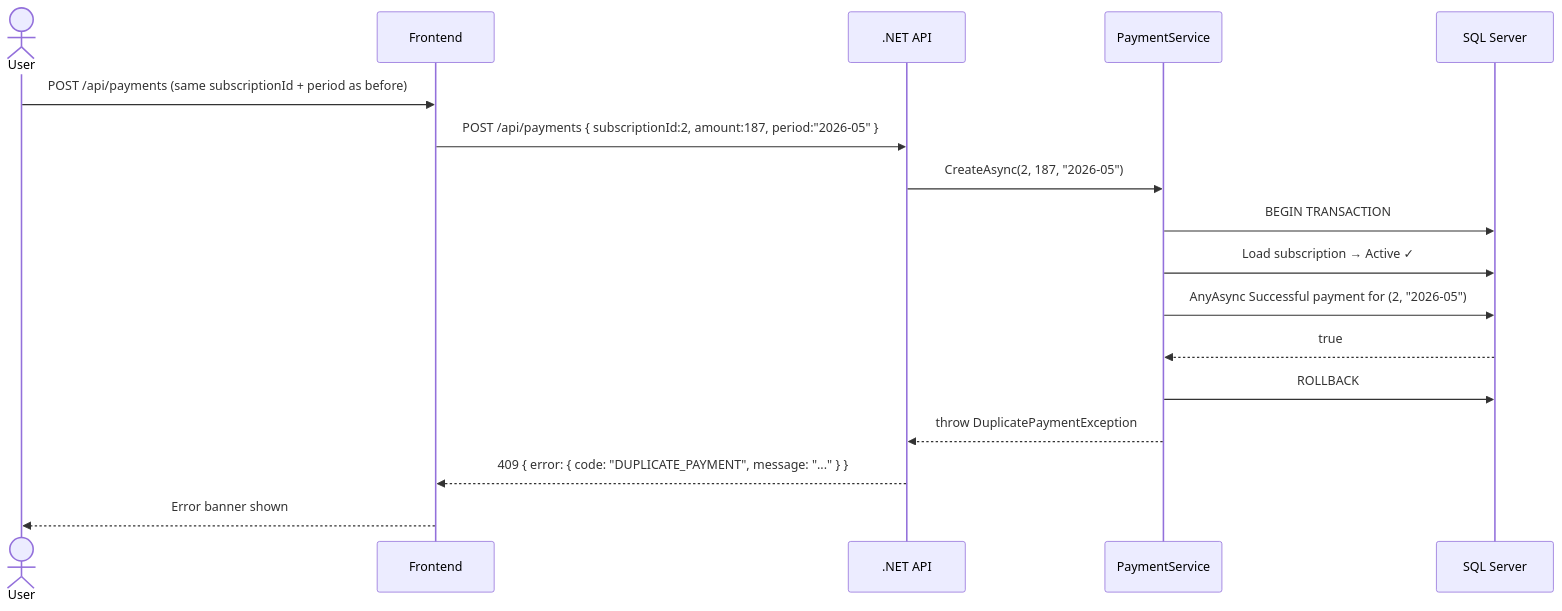
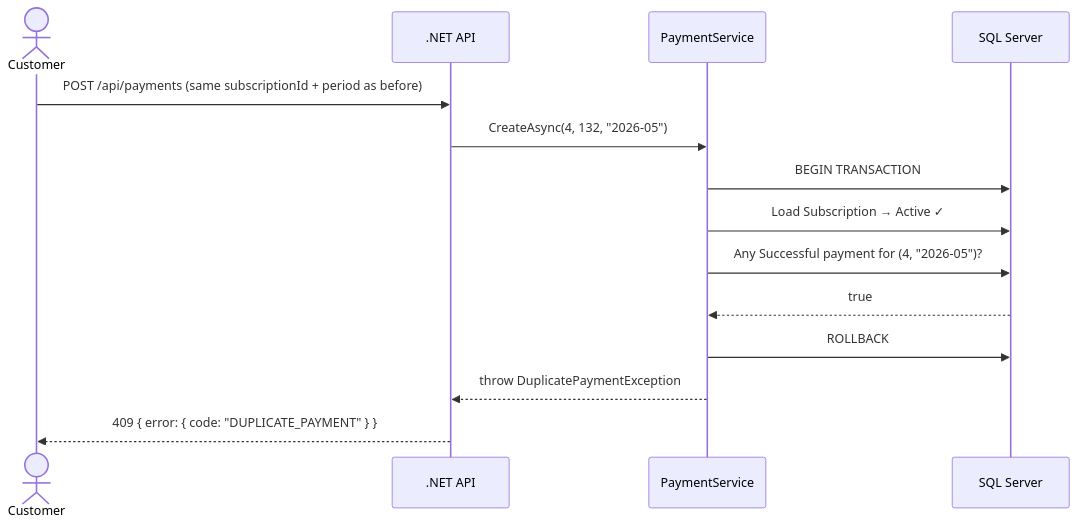
The second of 7 diagrams in docs/flow-diagrams.md (maliackgoz/ArchiCase), drawn with Mermaid before and after one commit. The commit also changed other lines of this file and 91 other files, not shown here.

````diff
--- a/docs/flow-diagrams.md
+++ b/docs/flow-diagrams.md
@@ -45,20 +47,17 @@
 ```mermaid
 sequenceDiagram
-    actor User
-    participant Frontend
+    actor User as Customer
     participant API as .NET API
-    participant PaymentService
+    participant PS as PaymentService
     participant DB as SQL Server
 
-    User->>Frontend: POST /api/payments (same subscriptionId + period as before)
-    Frontend->>API: POST /api/payments { subscriptionId:2, amount:187, period:"2026-05" }
-    API->>PaymentService: CreateAsync(2, 187, "2026-05")
-    PaymentService->>DB: BEGIN TRANSACTION
-    PaymentService->>DB: Load subscription → Active ✓
-    PaymentService->>DB: AnyAsync Successful payment for (2, "2026-05")
-    DB-->>PaymentService: true
-    PaymentService->>DB: ROLLBACK
-    PaymentService-->>API: throw DuplicatePaymentException
-    API-->>Frontend: 409 { error: { code: "DUPLICATE_PAYMENT", message: "..." } }
-    Frontend-->>User: Error banner shown
+    User->>API: POST /api/payments (same subscriptionId + period as before)
+    API->>PS: CreateAsync(4, 132, "2026-05")
+    PS->>DB: BEGIN TRANSACTION
+    PS->>DB: Load Subscription → Active ✓
+    PS->>DB: Any Successful payment for (4, "2026-05")?
+    DB-->>PS: true
+    PS->>DB: ROLLBACK
+    PS-->>API: throw DuplicatePaymentException
+    API-->>User: 409 { error: { code: "DUPLICATE_PAYMENT" } }
 ```
````
